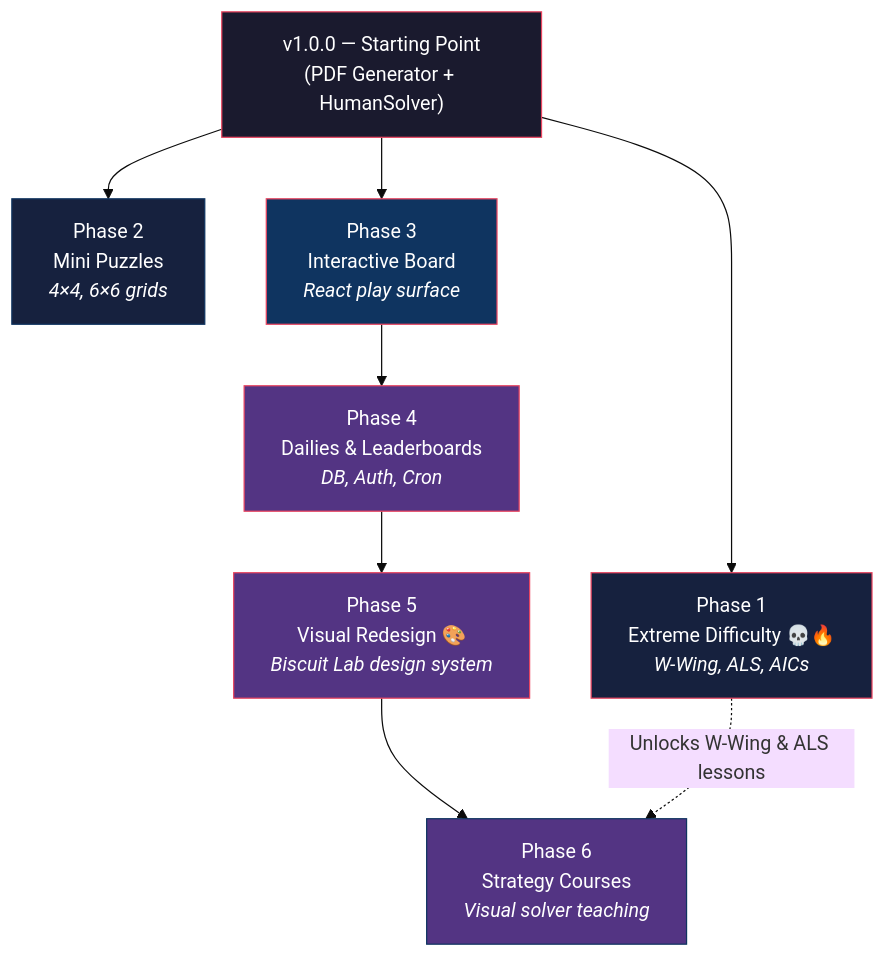
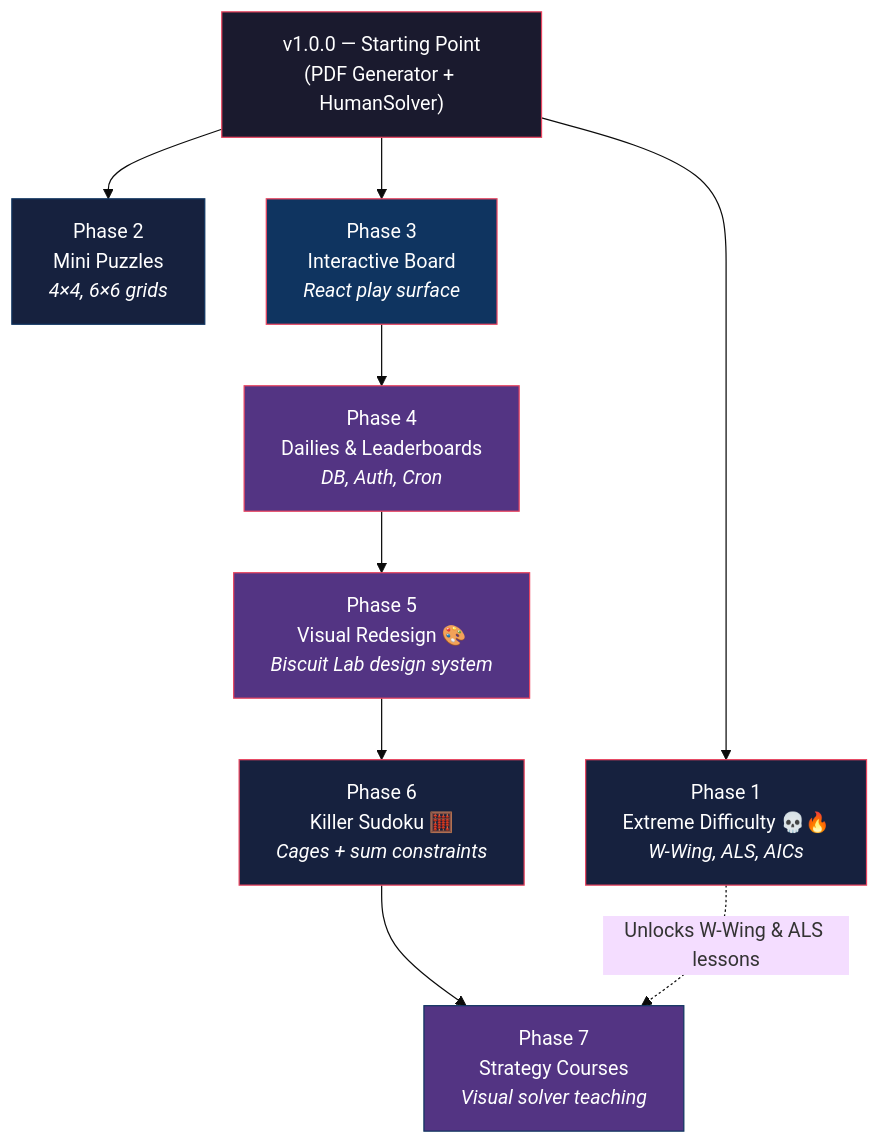
The fourth of 4 diagrams in Docs/roadmap.md (zfert99/Puzzle-Generator), drawn with Mermaid (base theme) before and after one commit. The commit also changed other lines of this file and 2 other files, not shown here.

First line of the commit message:
Docs: Phase 6 Killer Sudoku plan; renumber Strategy Courses to Phase 7

````diff
--- a/Docs/roadmap.md
+++ b/Docs/roadmap.md
@@ -469,27 +507,30 @@
 ```mermaid
 graph TD
     V1["v1.0.0 — Starting Point<br/>(PDF Generator + HumanSolver)"]
 
     P1["Phase 1<br/>Extreme Difficulty 💀🔥<br/><i>W-Wing, ALS, AICs</i>"]
     P2["Phase 2<br/>Mini Puzzles<br/><i>4×4, 6×6 grids</i>"]
     P3["Phase 3<br/>Interactive Board<br/><i>React play surface</i>"]
     P4["Phase 4<br/>Dailies & Leaderboards<br/><i>DB, Auth, Cron</i>"]
     P5["Phase 5<br/>Visual Redesign 🎨<br/><i>Biscuit Lab design system</i>"]
-    P6["Phase 6<br/>Strategy Courses<br/><i>Visual solver teaching</i>"]
+    P6["Phase 6<br/>Killer Sudoku 🧮<br/><i>Cages + sum constraints</i>"]
+    P7["Phase 7<br/>Strategy Courses<br/><i>Visual solver teaching</i>"]
 
     V1 --> P1
     V1 --> P2
     V1 --> P3
     P3 --> P4
     P4 --> P5
     P5 --> P6
-    P1 -.->|"Unlocks W-Wing & ALS lessons"| P6
+    P6 --> P7
+    P1 -.->|"Unlocks W-Wing & ALS lessons"| P7
 
     style V1 fill:#1a1a2e,stroke:#e94560,color:#fff
     style P1 fill:#16213e,stroke:#e94560,color:#fff
     style P2 fill:#16213e,stroke:#0f3460,color:#fff
     style P3 fill:#0f3460,stroke:#e94560,color:#fff
     style P4 fill:#533483,stroke:#e94560,color:#fff
     style P5 fill:#533483,stroke:#e94560,color:#fff
-    style P6 fill:#533483,stroke:#0f3460,color:#fff
+    style P6 fill:#16213e,stroke:#e94560,color:#fff
+    style P7 fill:#533483,stroke:#0f3460,color:#fff
 ```
````
